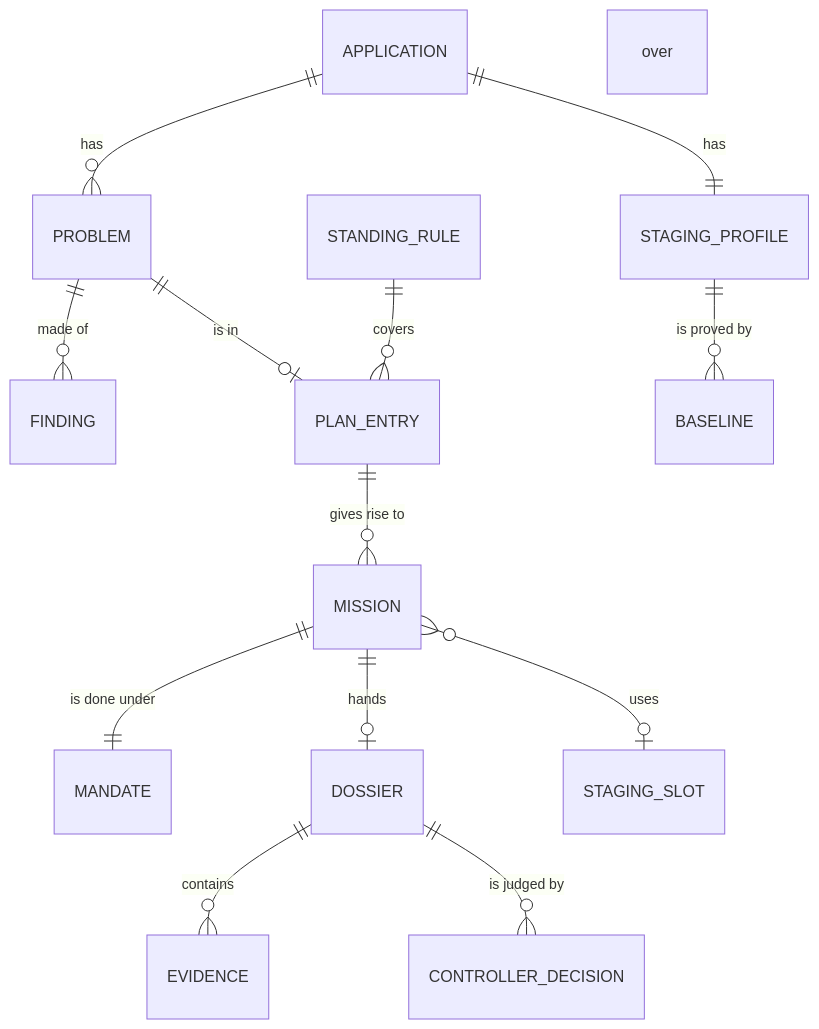
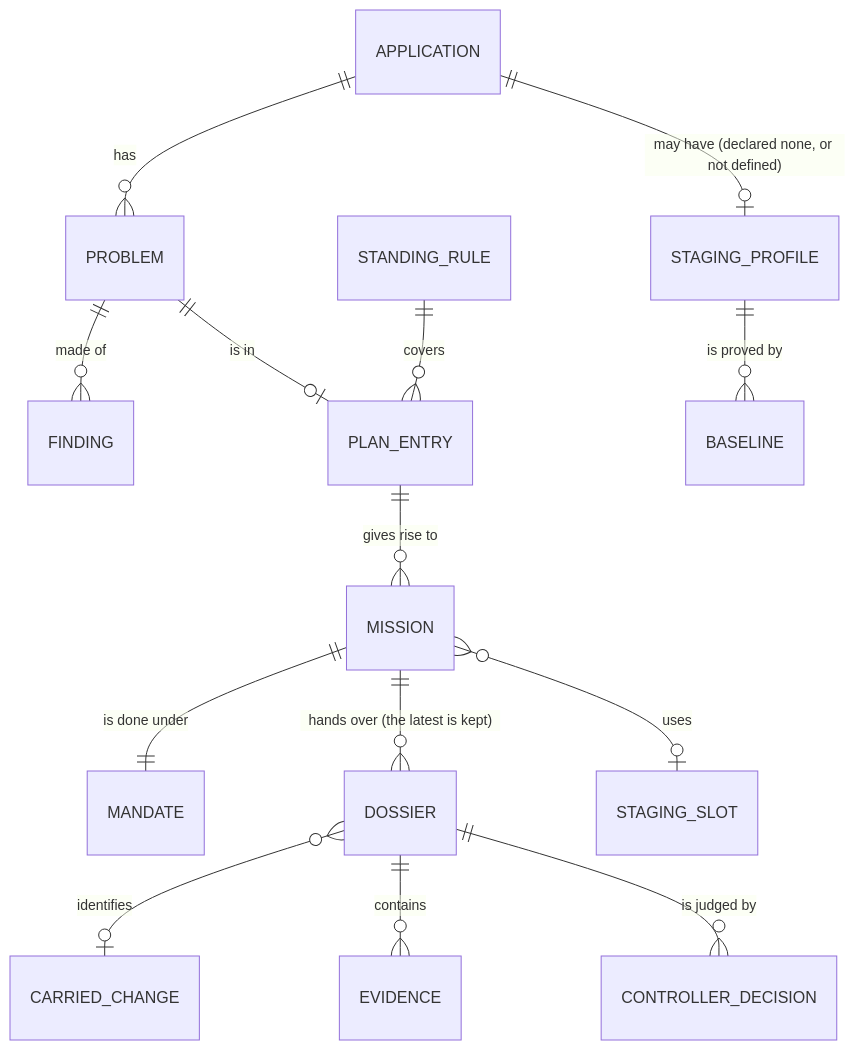
One commit to MafLabs38/orchestrarr changed the fourth of 12 diagrams in docs/ARCHITECTURE.md. Above: the diagram before and after it, drawn with Mermaid. The commit also changed other lines of this file and 8 other files, not shown here.

````diff
--- a/docs/ARCHITECTURE.md
+++ b/docs/ARCHITECTURE.md
@@ -140,15 +141,16 @@
 ```mermaid
 erDiagram
     APPLICATION ||--o{ PROBLEM : has
     PROBLEM ||--o{ FINDING : "made of"
     PROBLEM ||--o| PLAN_ENTRY : "is in"
     STANDING_RULE ||--o{ PLAN_ENTRY : covers
     PLAN_ENTRY ||--o{ MISSION : "gives rise to"
     MISSION ||--|| MANDATE : "is done under"
-    MISSION ||--o| DOSSIER : hands over
+    MISSION ||--o{ DOSSIER : "hands over (the latest is kept)"
+    DOSSIER }o--o| CARRIED_CHANGE : identifies
     DOSSIER ||--o{ EVIDENCE : contains
     DOSSIER ||--o{ CONTROLLER_DECISION : "is judged by"
-    APPLICATION ||--|| STAGING_PROFILE : has
+    APPLICATION ||--o| STAGING_PROFILE : "may have (declared none, or not defined)"
     STAGING_PROFILE ||--o{ BASELINE : "is proved by"
     MISSION }o--o| STAGING_SLOT : uses
 ```
````
